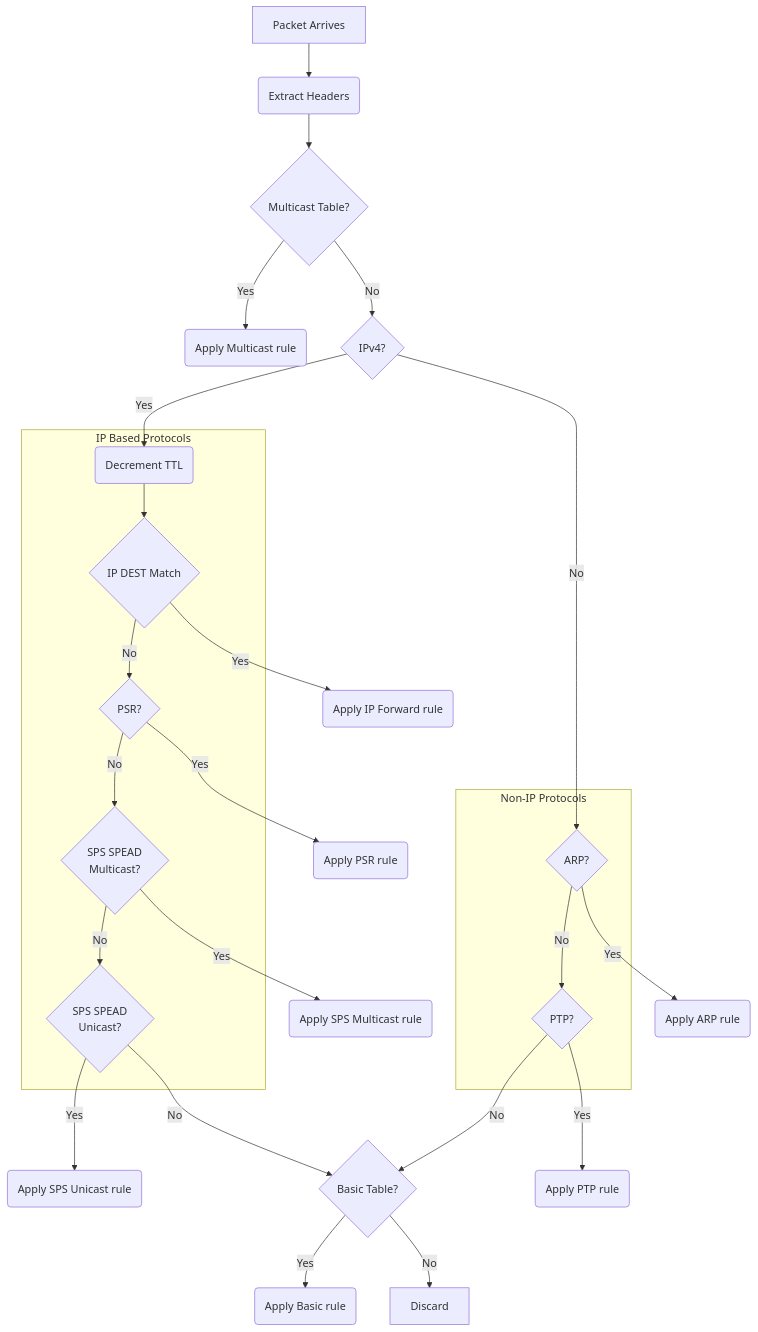
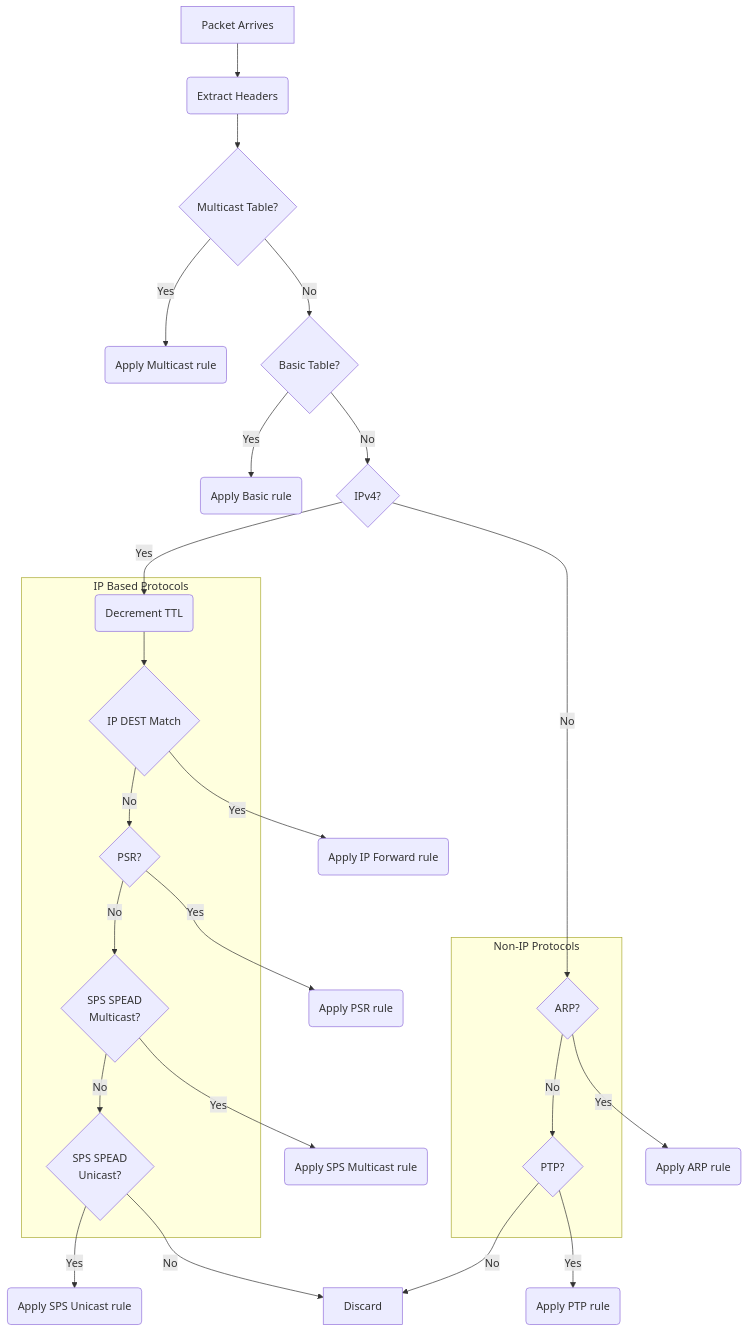
The diagram in docs/src/routing.rst (ska-telescope/ska-low-cbf-p4), drawn with Mermaid before and after one commit.

Commit message:
PERENTIE-2493 moving basic routing to have priority over other rules in the documentation

```diff
--- a/docs/src/routing.rst
+++ b/docs/src/routing.rst
@@ -59,28 +59,28 @@
 .. mermaid::
 
     flowchart TB
         Arrive[Packet Arrives] --> Extract(Extract Headers)
         Extract --> Multi{Multicast Table?}
         Multi -- Yes --> ApplyMulti(Apply Multicast rule)
-        Multi -- No --> IP{IPv4?}
+        Multi -- No --> Basic{Basic Table?}
+        Basic -- Yes --> ApplyBasicRule(Apply Basic rule)
+        Basic -- No --> IP{IPv4?}
         IP -- Yes --> TTL(Decrement TTL)
         subgraph IP Based Protocols
             TTL --> IP_FORWARD{IP DEST Match}
             IP_FORWARD -- No --> PSR{PSR?}
             PSR -- No --> SPS_M{SPS SPEAD\nMulticast?}
             SPS_M -- No --> SPS_U{SPS SPEAD\nUnicast?}
         end
         IP -- No --> ARP{ARP?}
         subgraph "Non-IP Protocols"
             ARP -- No --> PTP{PTP?}
         end
-        PTP -- No --> Basic
+        PTP -- No --> Discard
         ARP -- Yes --> ApplyARD(Apply ARP rule)
         PTP -- Yes --> ApplyPTP(Apply PTP rule)
         IP_FORWARD -- Yes --> ApplyIPForward(Apply IP Forward rule)
         PSR -- Yes --> ApplyPSR(Apply PSR rule)
         SPS_M -- Yes --> ApplySPSM(Apply SPS Multicast rule)
         SPS_U -- Yes --> ApplySPSU(Apply SPS Unicast rule)
-        SPS_U -- No --> Basic{Basic Table?}
-        Basic -- Yes --> ApplyBasicRule(Apply Basic rule)
-        Basic -- No --> Discard
+        SPS_U -- No --> Discard
```
